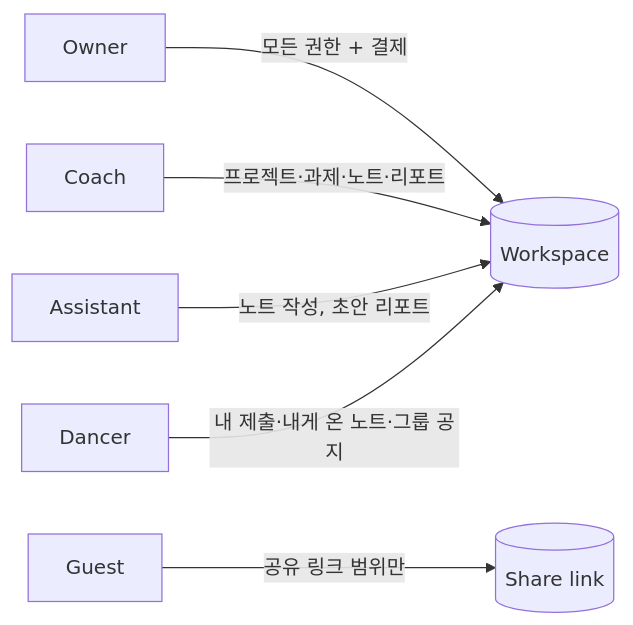
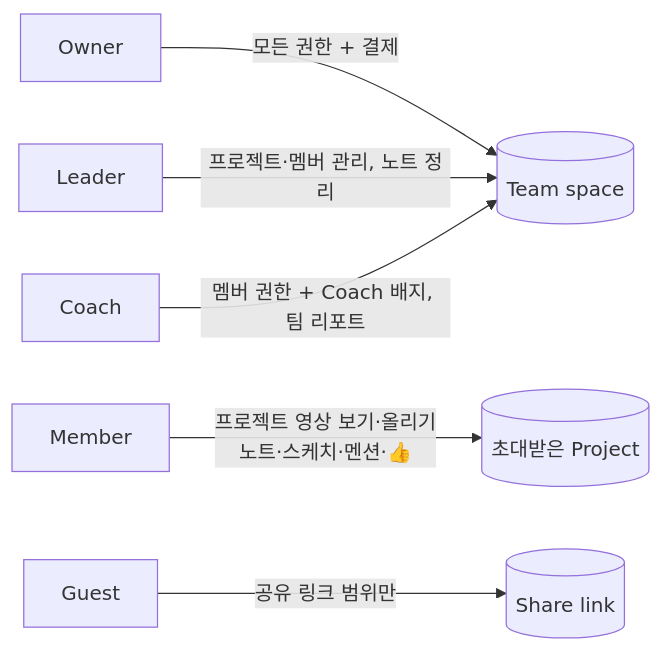
One commit to hope13710/dancerly changed the eighth of 8 diagrams in docs/02-service-structure.md. Above: the diagram before and after it, drawn with Mermaid. The commit also changed other lines of this file and 13 other files, not shown here.

````diff
--- a/docs/02-service-structure.md
+++ b/docs/02-service-structure.md
@@ -277,8 +282,8 @@
 ```mermaid
 flowchart LR
-  O[Owner] -->|모든 권한 + 결제| WS[(Workspace)]
-  C[Coach] -->|프로젝트·과제·노트·리포트| WS
-  AS[Assistant] -->|노트 작성, 초안 리포트| WS
-  D[Dancer] -->|내 제출·내게 온 노트·그룹 공지| WS
+  O[Owner] -->|모든 권한 + 결제| WS[(Team space)]
+  LD[Leader] -->|프로젝트·멤버 관리, 노트 정리| WS
+  C[Coach] -->|멤버 권한 + Coach 배지, 팀 리포트| WS
+  M[Member] -->|프로젝트 영상 보기·올리기<br/>노트·스케치·멘션·👍| PJ[(초대받은 Project)]
   G[Guest] -->|공유 링크 범위만| SL[(Share link)]
 ```
````
